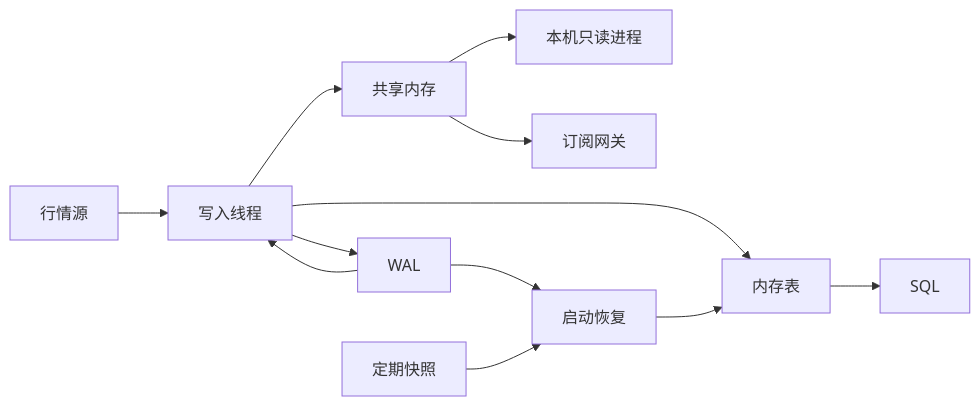
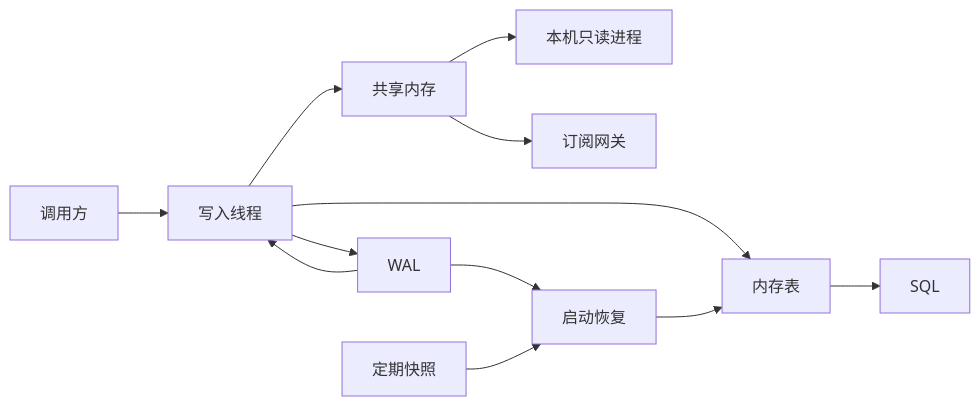
The first of 3 diagrams in docs/design.md (chenjie-dev/qdb), drawn with Mermaid before and after one commit. The commit also changed other lines of this file and 2 other files, not shown here.

````diff
--- a/docs/design.md
+++ b/docs/design.md
@@ -61,14 +63,14 @@
 ```mermaid
 flowchart LR
-  feed[行情源] --> writer[写入线程]
+  caller[调用方] --> writer[写入线程]
   writer --> wal[WAL]
   wal --> writer
   writer --> mem[内存表]
   writer --> shm[共享内存]
   shm --> engineRead[本机只读进程]
   shm --> gateway[订阅网关]
   mem --> sql[SQL]
   wal --> recovery[启动恢复]
   snap[定期快照] --> recovery
   recovery --> mem
 ```
````
